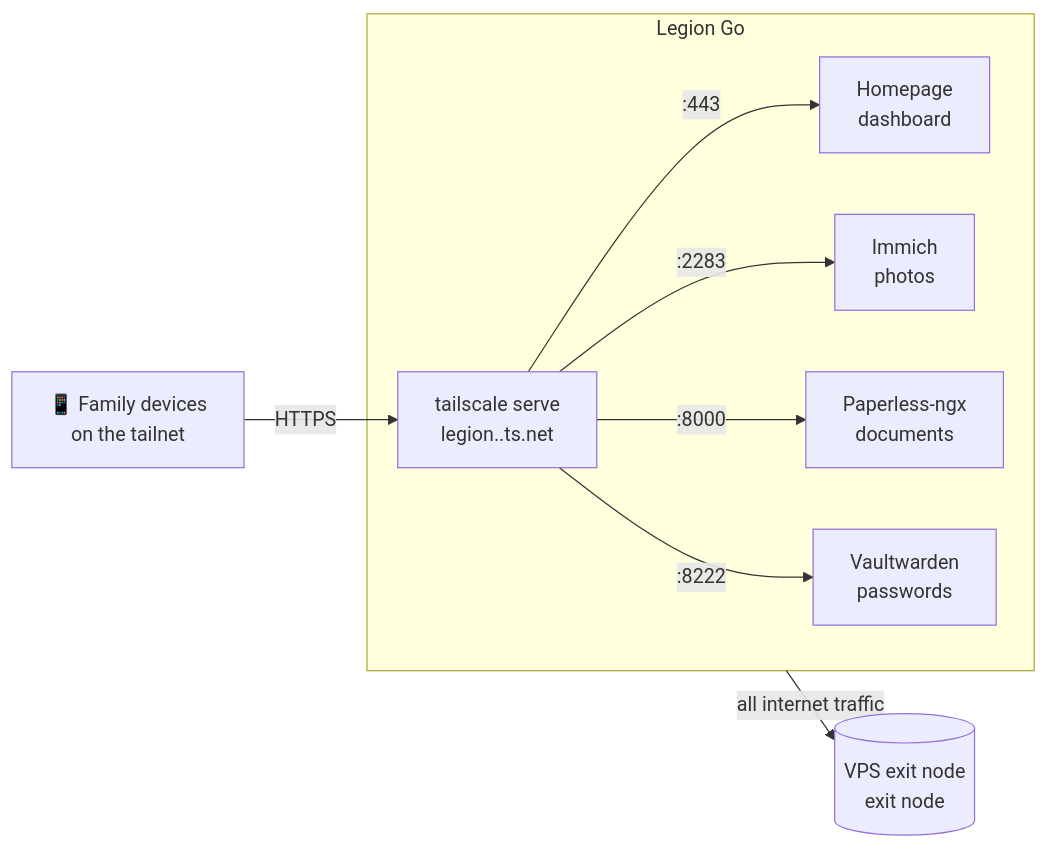
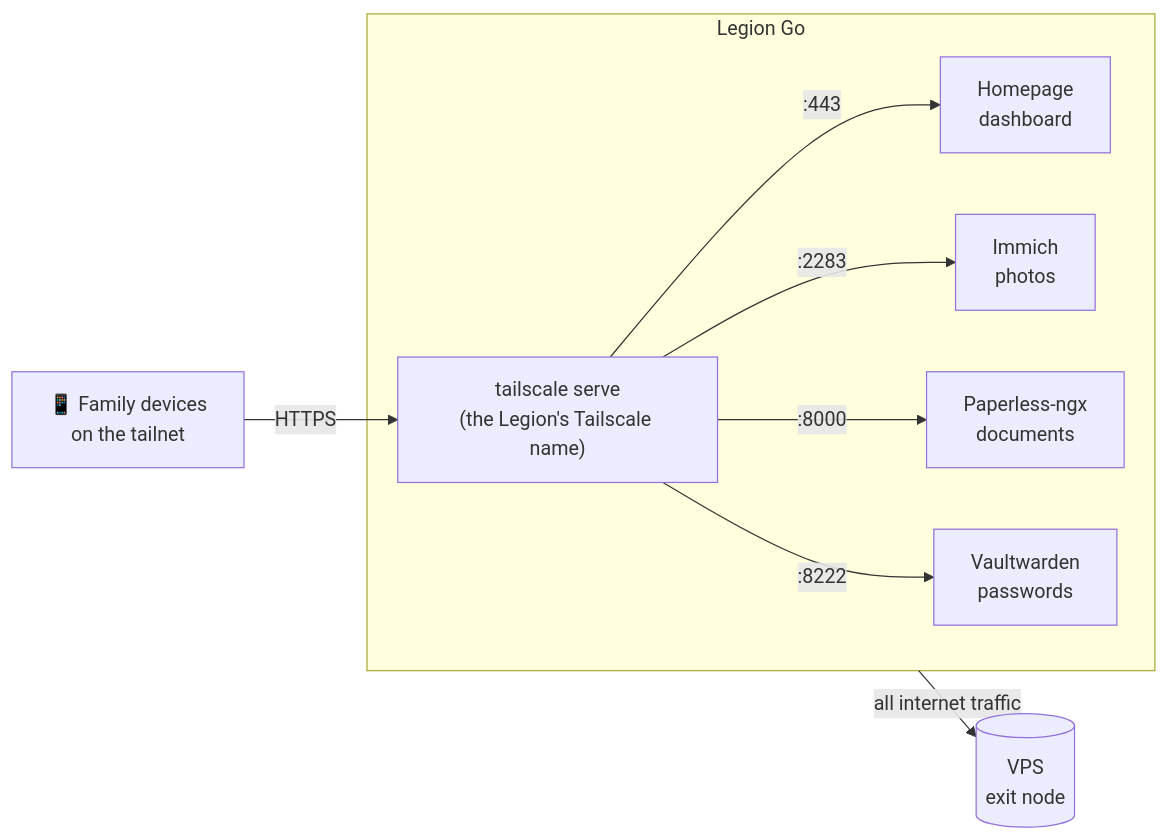
Before and after one commit to tristonarmstrong/legion-homelab: the second of 2 diagrams in README.md, drawn with Mermaid. The commit also changed other lines of this file and 13 other files, not shown here.

````diff
--- a/README.md
+++ b/README.md
@@ -52,14 +52,14 @@
 ```mermaid
 flowchart LR
     phone["📱 Family devices<br/>on the tailnet"] -- HTTPS --> ts
 
     subgraph legion["Legion Go"]
-        ts["tailscale serve<br/>legion.<tailnet>.ts.net"]
+        ts["tailscale serve<br/>(the Legion's Tailscale name)"]
         ts -- ":443" --> home["Homepage<br/>dashboard"]
         ts -- ":2283" --> immich["Immich<br/>photos"]
         ts -- ":8000" --> paperless["Paperless-ngx<br/>documents"]
         ts -- ":8222" --> vault["Vaultwarden<br/>passwords"]
     end
 
-    legion -- "all internet traffic" --> exit[("VPS exit node<br/>exit node")]
+    legion -- "all internet traffic" --> exit[("VPS<br/>exit node")]
 ```
````
